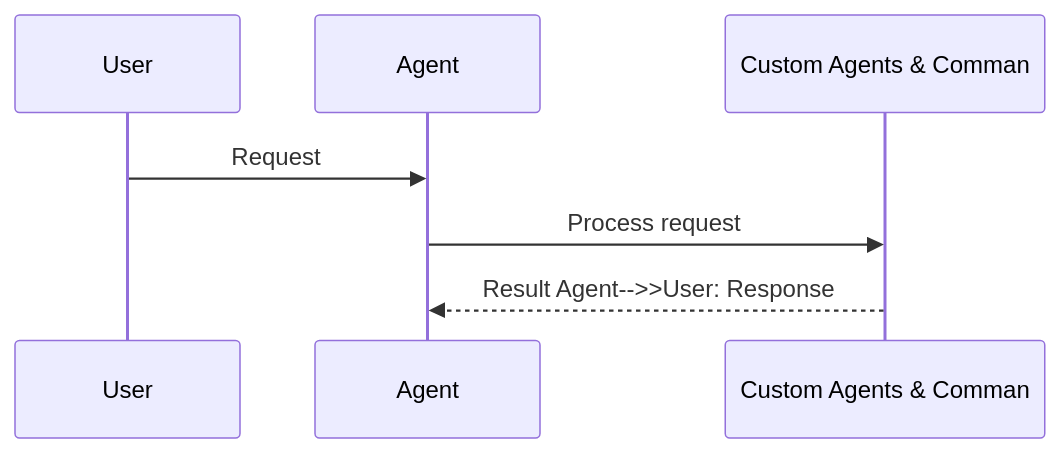
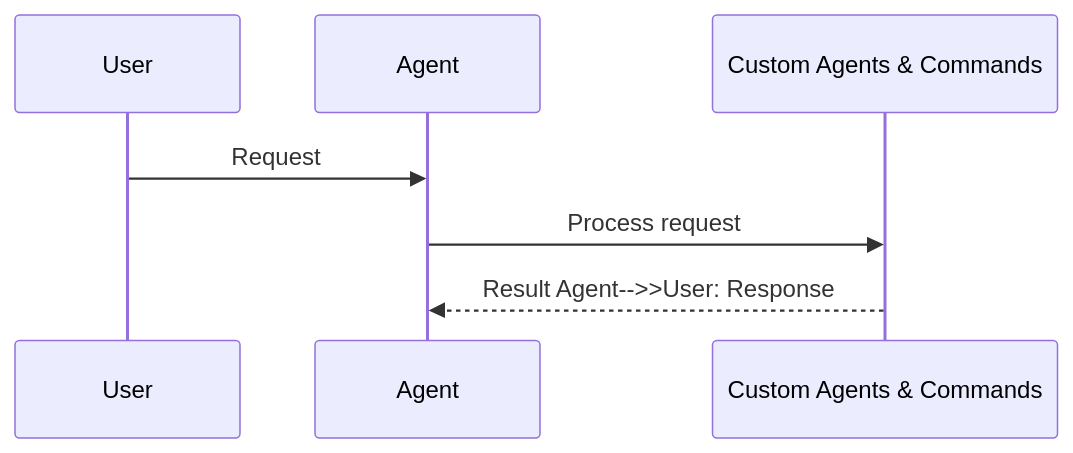
The second of 4 diagrams in docs/features/custom-agents-commands.mdx (MervinPraison/PraisonAIDocs), drawn with Mermaid before and after one commit. The commit also changed 45 other files, not shown here.

First line of the commit message:
docs: fix truncated Mermaid diagram feature names (22-char cutoff)

````diff
--- a/docs/features/custom-agents-commands.mdx
+++ b/docs/features/custom-agents-commands.mdx
@@ -42,10 +42,10 @@
 ```mermaid
 sequenceDiagram
     participant User
     participant Agent
-    participant Feature as Custom Agents & Comman
+    participant Feature as Custom Agents & Commands
 
     User->>Agent: Request
     Agent->>Feature: Process request
     Feature-->>Agent: Result    Agent-->>User: Response
 ```
````
